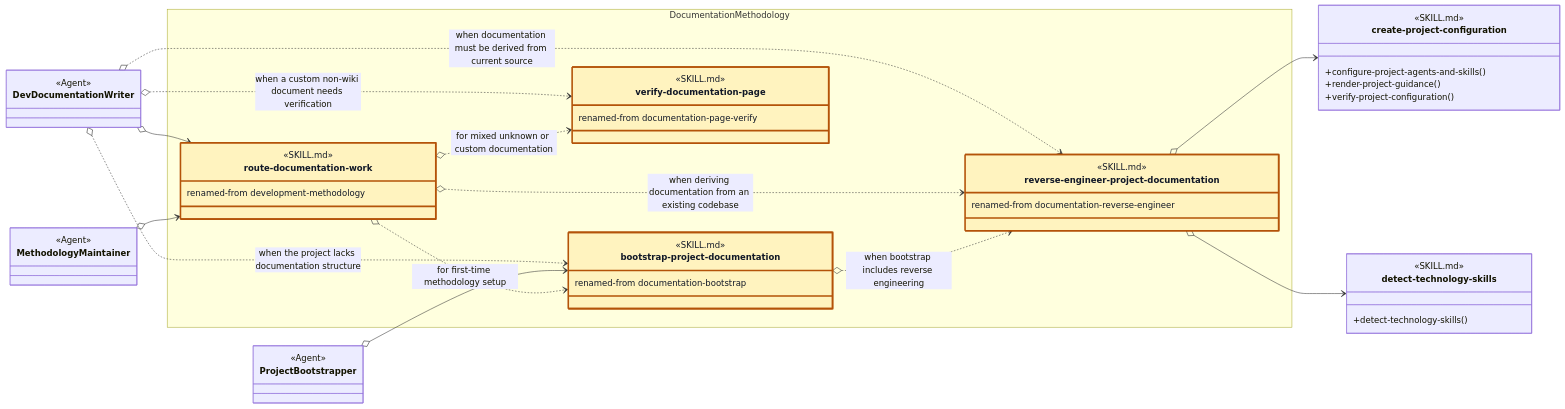
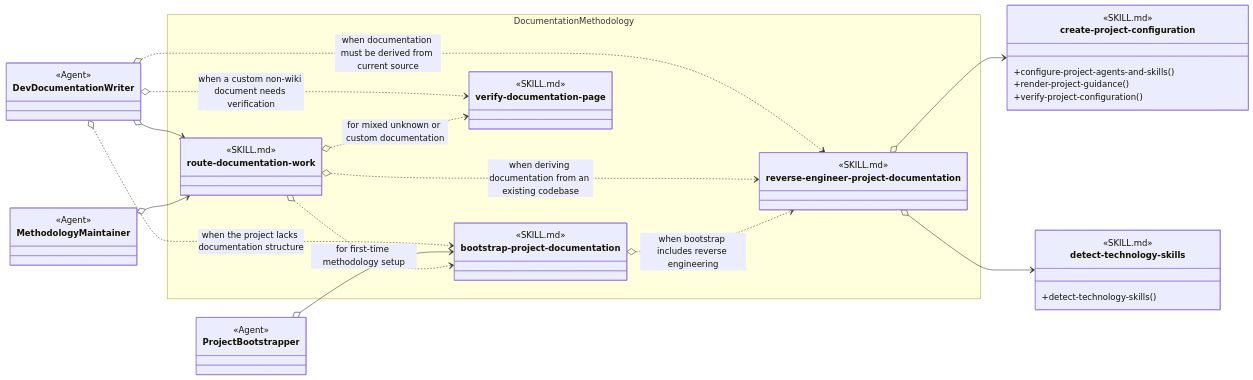
One commit to martinbechard/dev-methodology changed the diagram in design/skill-groups/documentation-methodology.md. Above: the diagram before and after it, drawn with Mermaid. The commit also changed other lines of this file and 10 other files, not shown here.

````diff
--- a/design/skill-groups/documentation-methodology.md
+++ b/design/skill-groups/documentation-methodology.md
@@ -87,73 +13,67 @@
 ```mermaid
 classDiagram
     direction LR
 
     class DevDocumentationWriter {
         <<Agent>>
     }
 
     class MethodologyMaintainer {
         <<Agent>>
     }
 
     class ProjectBootstrapper {
         <<Agent>>
     }
 
     namespace DocumentationMethodology {
-        class route-documentation-work:::renamed {
+        class route-documentation-work {
             <<SKILL.md>>
             <<Agent Skill>>
-            renamed-from development-methodology
         }
 
-        class bootstrap-project-documentation:::renamed {
+        class bootstrap-project-documentation {
             <<SKILL.md>>
             <<Agent Skill>>
-            renamed-from documentation-bootstrap
         }
 
-        class reverse-engineer-project-documentation:::renamed {
+        class reverse-engineer-project-documentation {
             <<SKILL.md>>
             <<Agent Skill>>
-            renamed-from documentation-reverse-engineer
         }
 
-        class verify-documentation-page:::renamed {
+        class verify-documentation-page {
             <<SKILL.md>>
             <<Agent Skill>>
-            renamed-from documentation-page-verify
         }
     }
 
     class create-project-configuration {
         <<SKILL.md>>
         <<Cross-group>>
         +configure-project-agents-and-skills()
         +render-project-guidance()
         +verify-project-configuration()
     }
 
     class detect-technology-skills {
         <<SKILL.md>>
         <<Cross-group>>
         +detect-technology-skills()
     }
 
     DevDocumentationWriter o--> route-documentation-work
     DevDocumentationWriter o..> bootstrap-project-documentation : when the project lacks documentation structure
     DevDocumentationWriter o..> reverse-engineer-project-documentation : when documentation must be derived from current source
     DevDocumentationWriter o..> verify-documentation-page : when a custom non-wiki document needs verification
 
     MethodologyMaintainer o--> route-documentation-work
     ProjectBootstrapper o--> bootstrap-project-documentation
 
     route-documentation-work o..> bootstrap-project-documentation : for first-time methodology setup
     route-documentation-work o..> reverse-engineer-project-documentation : when deriving documentation from an existing codebase
     route-documentation-work o..> verify-documentation-page : for mixed unknown or custom documentation
     bootstrap-project-documentation o..> reverse-engineer-project-documentation : when bootstrap includes reverse engineering
     reverse-engineer-project-documentation o--> create-project-configuration
     reverse-engineer-project-documentation o--> detect-technology-skills
-
-    classDef renamed fill:#fff3bf,stroke:#b45309,stroke-width:3px,color:#111827
 ```
````
